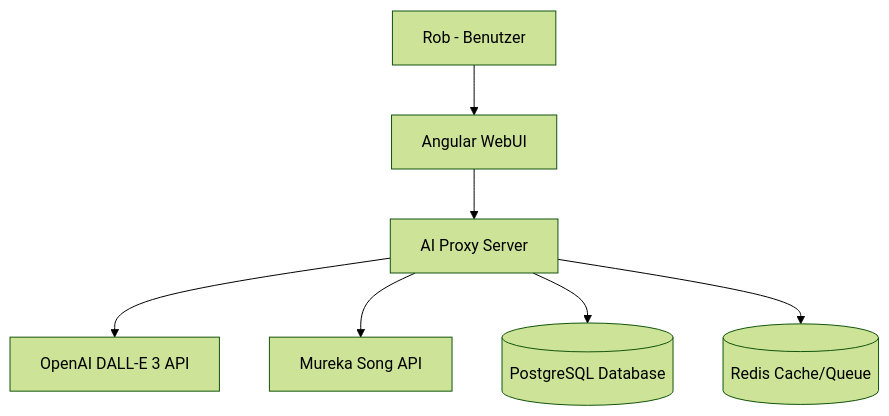
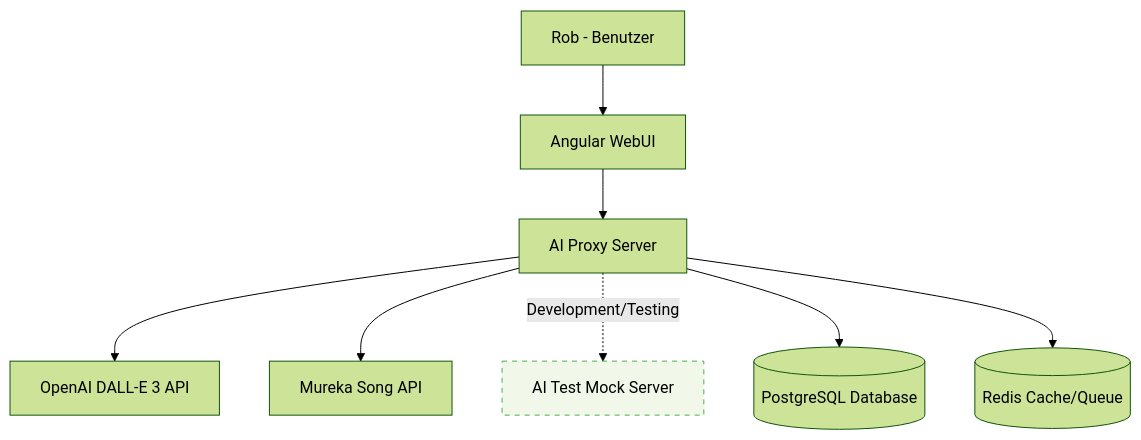
The first of 11 diagrams in ARC42_Architecture_Documentation.md (rwellinger/thwelly_ai_tools), drawn with Mermaid (forest theme) before and after one commit. The commit also changed other lines of this file, not shown here.

Commit message:
test mock

````diff
--- a/ARC42_Architecture_Documentation.md
+++ b/ARC42_Architecture_Documentation.md
@@ -45,9 +45,12 @@
 ```mermaid
 graph TB
     User[Rob - Benutzer] --> WebUI[Angular WebUI]
     WebUI --> AIProxy[AI Proxy Server]
     AIProxy --> OpenAI[OpenAI DALL-E 3 API]
     AIProxy --> Mureka[Mureka Song API]
+    AIProxy -.->|Development/Testing| MockServer[AI Test Mock Server]
     AIProxy --> DB[(PostgreSQL Database)]
     AIProxy --> Redis[(Redis Cache/Queue)]
+
+    style MockServer fill:#f1f8e9,stroke:#4caf50,stroke-dasharray: 5 5
 ```
````
